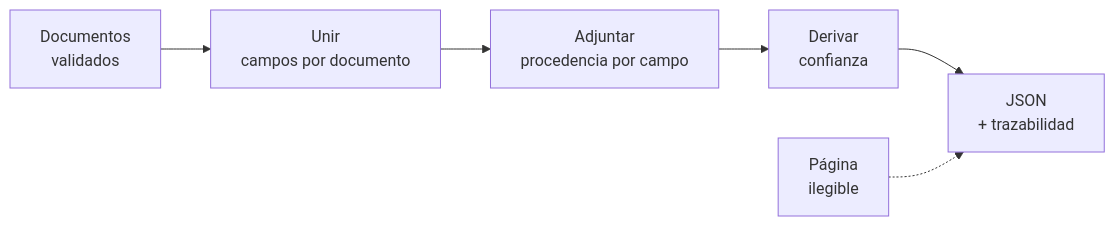
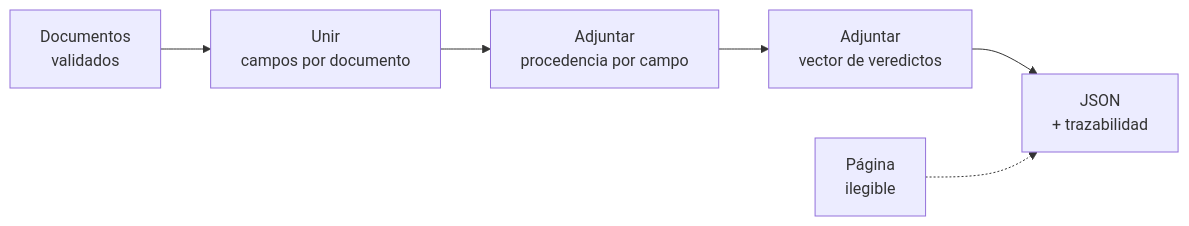
Before and after one commit to mariogarcia-ar/docflow: the ninth of 15 diagrams in readme-min.md, drawn with Mermaid. The commit also changed other lines of this file, not shown here.

Commit message:
Refactor README.md to clarify component interactions and processing flows, enhancing descriptions of barriers and execution order in document extraction.

````diff
--- a/readme-min.md
+++ b/readme-min.md
@@ -259,8 +310,8 @@
 ```mermaid
 graph LR
     A["Documentos<br/>validados"] --> B["Unir<br/>campos por documento"]
     B --> C["Adjuntar<br/>procedencia por campo"]
-    C --> D["Derivar<br/>confianza"]
+    C --> D["Adjuntar<br/>vector de veredictos"]
     D --> E["JSON<br/>+ trazabilidad"]
     F["Página<br/>ilegible"] -.-> E
 ```
````
